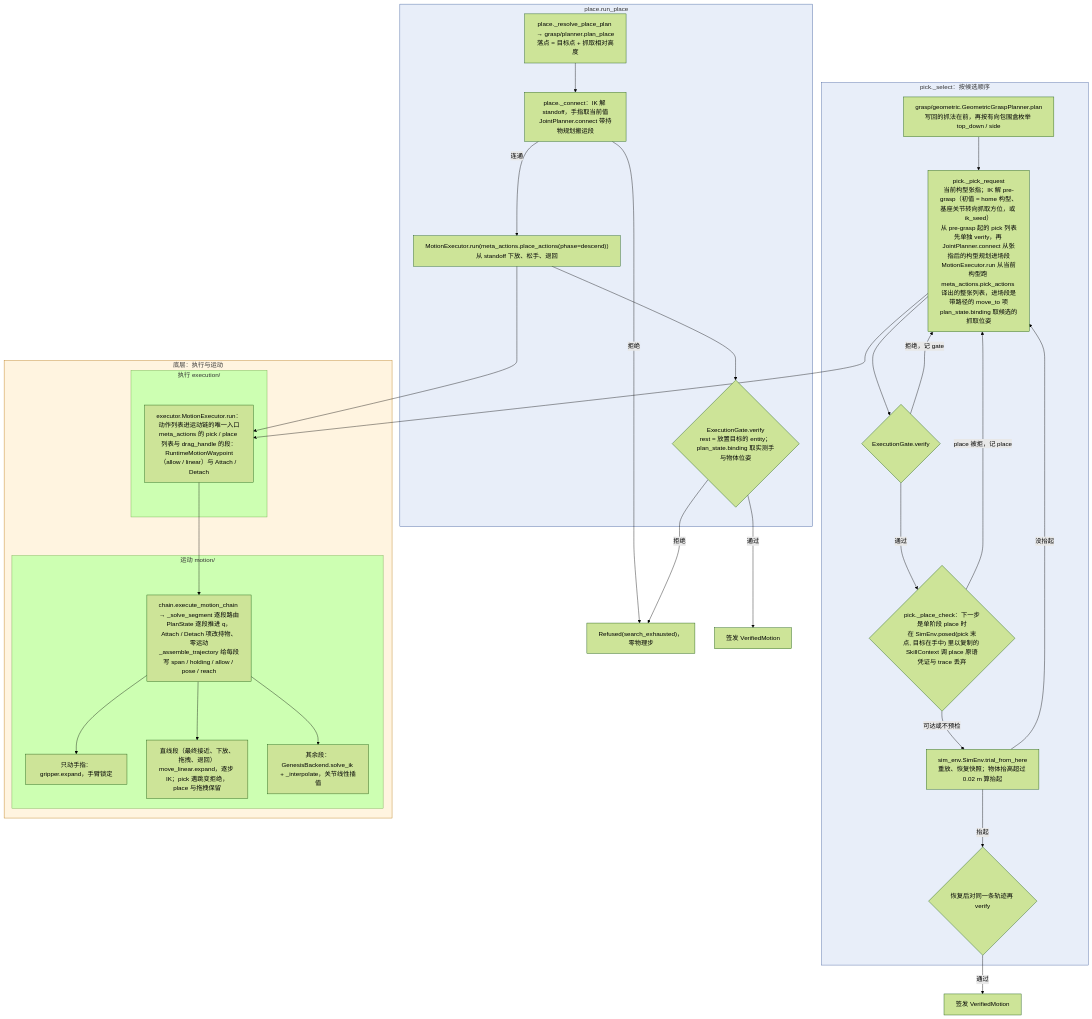
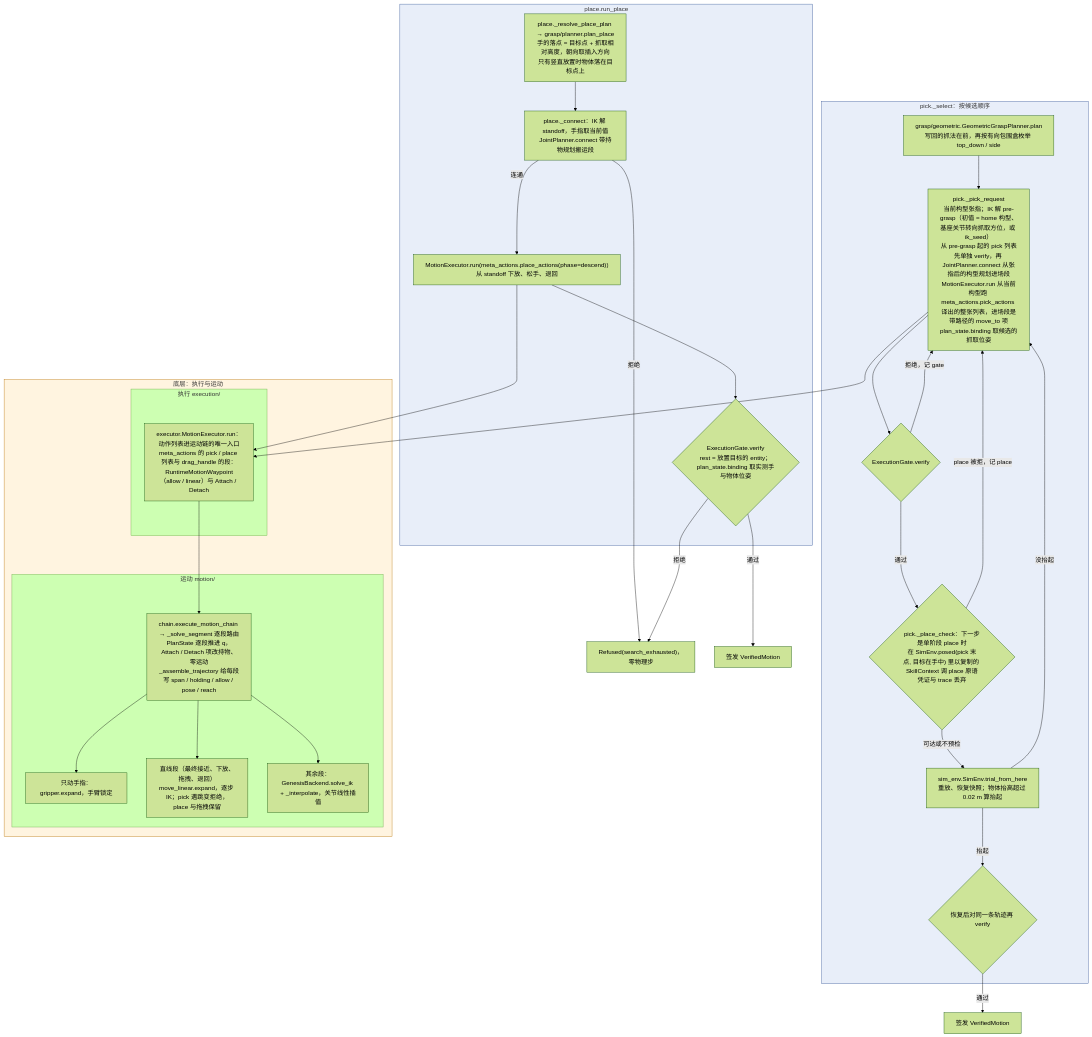
The second of 2 diagrams in docs/call-chain.md (ZJLi2013/RoboSmith), drawn with Mermaid (forest theme) before and after one commit. The commit also changed 2 other files, not shown here.

Commit message:
docs: manipulation is a rule-based pick and place pipeline whose horizontal place lands the object past the target

````diff
--- a/docs/call-chain.md
+++ b/docs/call-chain.md
@@ -75,49 +75,49 @@
 ```mermaid
 flowchart TD
     subgraph PK["pick._select：按候选顺序"]
         GEO["grasp/geometric.GeometricGraspPlanner.plan<br/>写回的抓法在前，再按有向包围盒枚举 top_down / side"]
         PM["pick._pick_request<br/>当前构型张指；IK 解 pre-grasp（初值 = home 构型、基座关节转向抓取方位，或 ik_seed）<br/>从 pre-grasp 起的 pick 列表先单独 verify，再 JointPlanner.connect 从张指后的构型规划进场段<br/>MotionExecutor.run 从当前构型跑 meta_actions.pick_actions 译出的整张列表，进场段是带路径的 move_to 项<br/>plan_state.binding 取候选的抓取位姿"]
         V1{"ExecutionGate.verify"}
         PRE{"pick._place_check：下一步是单阶段 place 时<br/>在 SimEnv.posed(pick 末点, 目标在手中) 里以复制的 SkillContext 调 place 原语<br/>凭证与 trace 丢弃"}
         TR["sim_env.SimEnv.trial_from_here<br/>重放、恢复快照；物体抬高超过 0.02 m 算抬起"]
         V2{"恢复后对同一条轨迹再 verify"}
     end
 
     subgraph PL["place.run_place"]
-        PP["place._resolve_place_plan → grasp/planner.plan_place<br/>落点 = 目标点 + 抓取相对高度"]
+        PP["place._resolve_place_plan → grasp/planner.plan_place<br/>手的落点 = 目标点 + 抓取相对高度，朝向取插入方向<br/>只有竖直放置时物体落在目标点上"]
         PC["place._connect：IK 解 standoff，手指取当前值<br/>JointPlanner.connect 带持物规划搬运段"]
         PX["MotionExecutor.run(meta_actions.place_actions(phase=descend))<br/>从 standoff 下放、松手、退回"]
         V3{"ExecutionGate.verify<br/>rest = 放置目标的 entity；plan_state.binding 取实测手与物体位姿"}
     end
 
     subgraph LOW["底层：执行与运动"]
         subgraph EX["执行 execution/"]
             EXE["executor.MotionExecutor.run：动作列表进运动链的唯一入口<br/>meta_actions 的 pick / place 列表与 drag_handle 的段：RuntimeMotionWaypoint（allow / linear）与 Attach / Detach"]
         end
         subgraph MO["运动 motion/"]
             CH["chain.execute_motion_chain → _solve_segment 逐段路由<br/>PlanState 逐段推进 q，Attach / Detach 项改持物、零运动<br/>_assemble_trajectory 给每段写 span / holding / allow / pose / reach"]
             F["只动手指：gripper.expand，手臂锁定"]
             C["直线段（最终接近、下放、拖拽、退回）<br/>move_linear.expand，逐步 IK；pick 遇跳变拒绝，place 与拖拽保留"]
             G["其余段：GenesisBackend.solve_ik + _interpolate，关节线性插值"]
         end
     end
 
     GEO --> PM --> V1
     V1 -- 拒绝，记 gate --> PM
     V1 -- 通过 --> PRE
     PRE -- place 被拒，记 place --> PM
     PRE -- 可达或不预检 --> TR
     TR -- 没抬起 --> PM
     TR -- 抬起 --> V2
     V2 -- 通过 --> OKP["签发 VerifiedMotion"]
     PP --> PC
     PC -- 拒绝 --> RF["Refused(search_exhausted)，零物理步"]
     PC -- 连通 --> PX --> V3
     V3 -- 拒绝 --> RF
     V3 -- 通过 --> OKL["签发 VerifiedMotion"]
     PM & PX --> EXE --> CH --> F & C & G
 
     style PK fill:#e8eef9,stroke:#3b5b9a
     style PL fill:#e8eef9,stroke:#3b5b9a
     style LOW fill:#fff4e0,stroke:#b9770e
 ```
````
